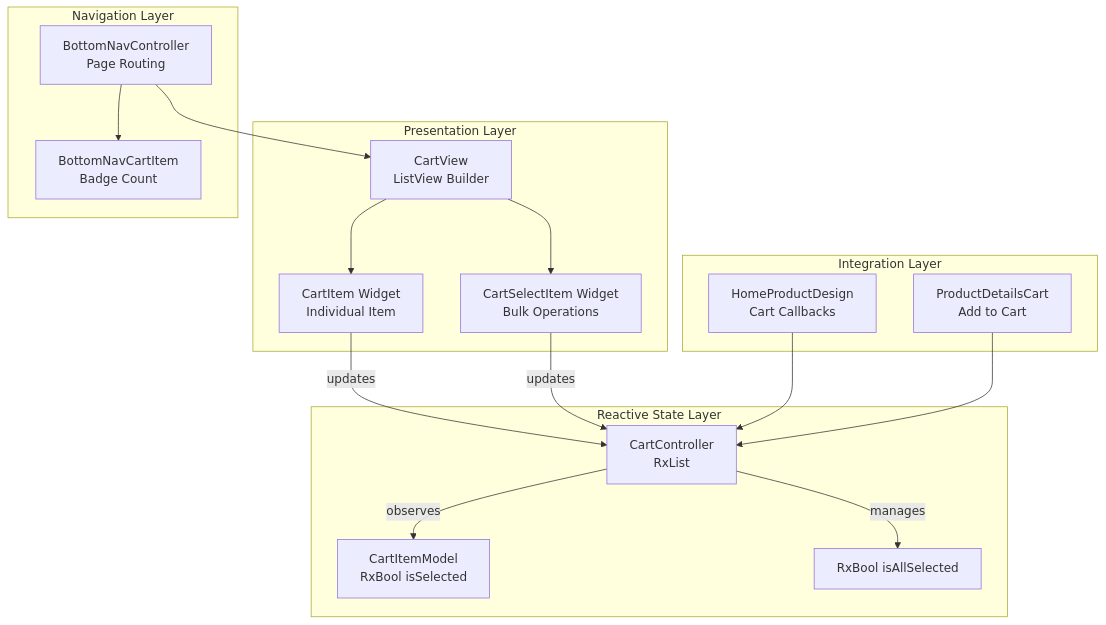
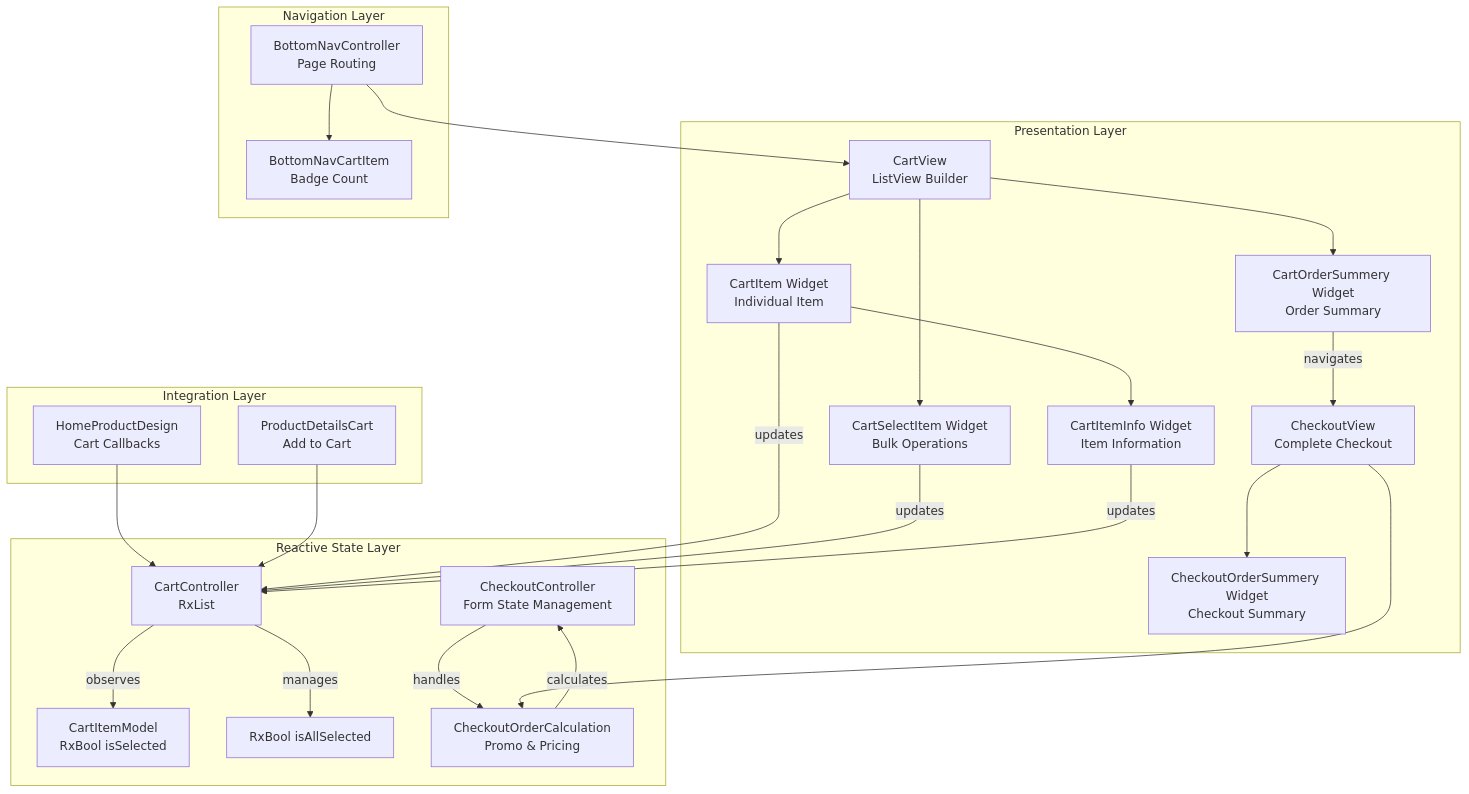
The second of 13 diagrams in .qoder/repowiki/en/content/Core Features/E-commerce Platform/Shopping Cart System.md (Ariful3111/FurniGo), drawn with Mermaid before and after one commit. The commit also changed other lines of this file and 15 other files, not shown here.

````diff
--- a/.qoder/repowiki/en/content/Core Features/E-commerce Platform/Shopping Cart System.md
+++ b/.qoder/repowiki/en/content/Core Features/E-commerce Platform/Shopping Cart System.md
@@ -123,21 +167,29 @@
 ```mermaid
 graph TB
 subgraph "Reactive State Layer"
 CC["CartController<br/>RxList<CartItemModel>"] --> |observes| CIM["CartItemModel<br/>RxBool isSelected"]
 CC --> |manages| ISAS["RxBool isAllSelected"]
+CKC["CheckoutController<br/>Form State Management"] --> |handles| COC["CheckoutOrderCalculation<br/>Promo & Pricing"]
 end
 subgraph "Presentation Layer"
 CV["CartView<br/>ListView Builder"] --> CI["CartItem Widget<br/>Individual Item"]
+CI --> CII["CartItemInfo Widget<br/>Item Information"]
+CV --> COS["CartOrderSummery Widget<br/>Order Summary"]
 CV --> CSI["CartSelectItem Widget<br/>Bulk Operations"]
+CV2["CheckoutView<br/>Complete Checkout"] --> COS2["CheckoutOrderSummery Widget<br/>Checkout Summary"]
+CV2 --> COC
 CI --> |updates| CC
 CSI --> |updates| CC
+CII --> |updates| CC
+COS --> |navigates| CV2
+COC --> |calculates| CKC
 end
 subgraph "Navigation Layer"
 BNC["BottomNavController<br/>Page Routing"] --> CV
 BNC --> BNCI["BottomNavCartItem<br/>Badge Count"]
 end
 subgraph "Integration Layer"
 HPD["HomeProductDesign<br/>Cart Callbacks"] --> CC
 PDC["ProductDetailsCart<br/>Add to Cart"] --> CC
 end
 ```
````
